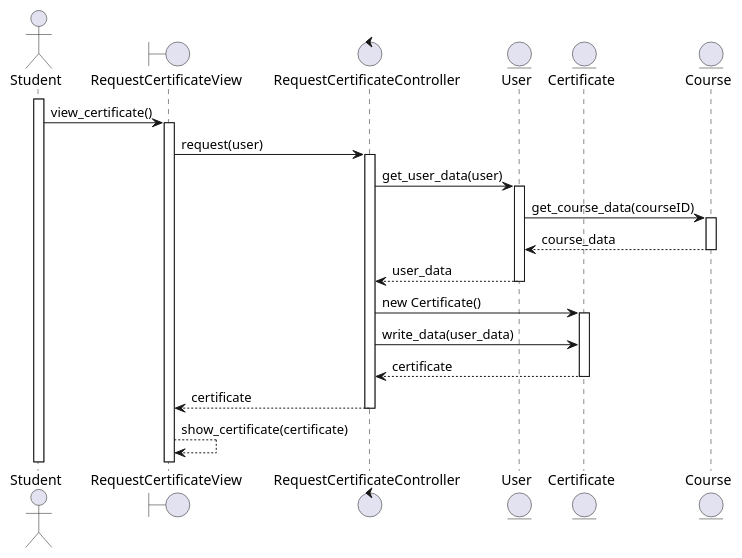
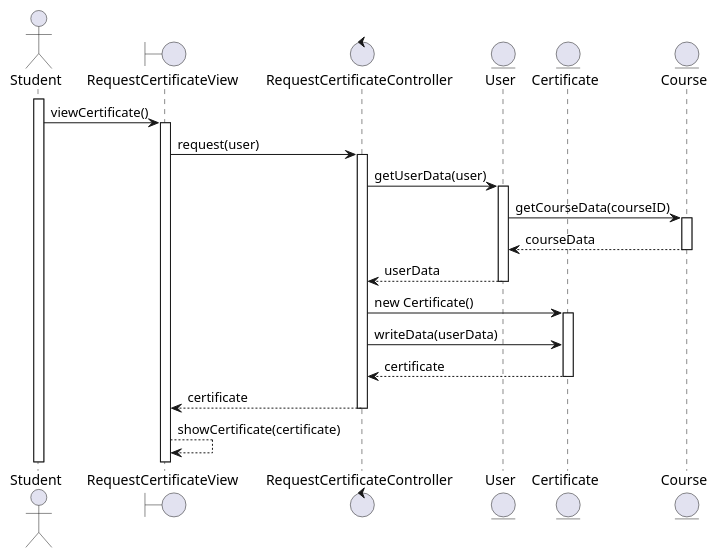
Before and after one commit to Carverz/IS-022023_Proyecto-Grupo-4: the diagram in docs/logicalView/designView/sequenceDiagram.plantuml, drawn with PlantUML.

Commit message:
modificacion diagrama de secuencia

```diff
--- a/docs/logicalView/designView/sequenceDiagram.plantuml
+++ b/docs/logicalView/designView/sequenceDiagram.plantuml
@@ -1,34 +1,34 @@
 @startuml DiagramaSecuencia
 
 actor Student
 boundary RequestCertificateView
 control RequestCertificateController
 entity User
 entity Certificate
 entity Course
 
 
 activate Student
-Student -> RequestCertificateView: view_certificate()
+Student -> RequestCertificateView: viewCertificate()
 activate RequestCertificateView
 RequestCertificateView -> RequestCertificateController: request(user)
 activate RequestCertificateController
-RequestCertificateController -> User: get_user_data(user)
+RequestCertificateController -> User: getUserData(user)
 activate User
-User -> Course: get_course_data(courseID)
+User -> Course: getCourseData(courseID)
 activate Course
-Course --> User: course_data
+Course --> User: courseData
 deactivate Course
-User --> RequestCertificateController: user_data
+User --> RequestCertificateController: userData
 deactivate User
 RequestCertificateController -> Certificate: new Certificate()
 activate Certificate
-RequestCertificateController -> Certificate: write_data(user_data)
+RequestCertificateController -> Certificate: writeData(userData)
 Certificate --> RequestCertificateController: certificate
 deactivate Certificate
 RequestCertificateController --> RequestCertificateView: certificate
 deactivate RequestCertificateController
-RequestCertificateView --> RequestCertificateView: show_certificate(certificate)
+RequestCertificateView --> RequestCertificateView: showCertificate(certificate)
 
 
 @enduml
```
